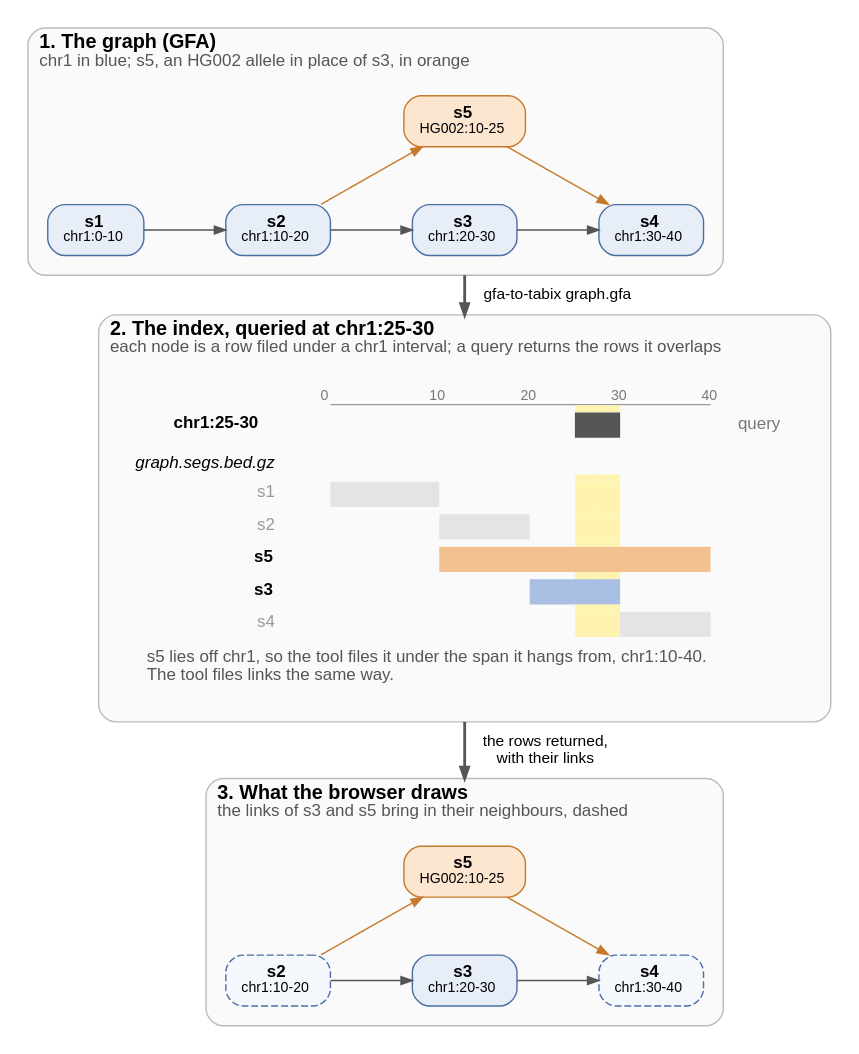
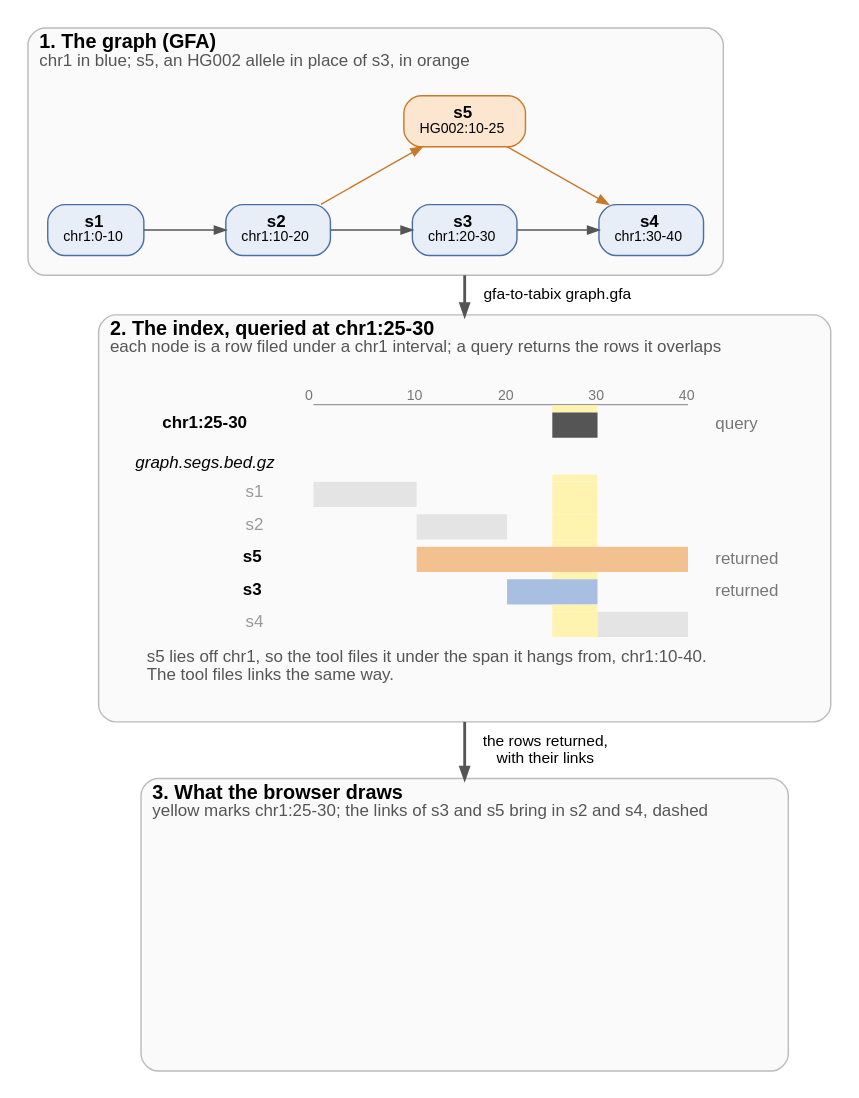
One commit to GMOD/gfa-to-tabix changed the diagram in docs/figures/overview.dot. Above: the diagram before and after it, drawn with Graphviz. The commit also changed 4 other files, not shown here.

```diff
--- a/docs/figures/overview.dot
+++ b/docs/figures/overview.dot
@@ -1,82 +1,73 @@
 // scripts/figures.py fills the marked rows from the tool's output and draws this figure
 digraph overview {
   bgcolor="white"
   fontname="Helvetica"
   newrank=true
   compound=true
   nodesep=0.4
   ranksep=0.55
   node [fontname="Helvetica", fontsize=12, shape=box, style="filled,rounded", fillcolor="#e8eef7", color="#4a6fa5", margin="0.15,0.06"]
   edge [fontname="Helvetica", fontsize=11, color="#555555", arrowsize=0.8]
 
   subgraph {
     graph [labeljust=l, fontsize=14, color="#bbbbbb", style="rounded,filled", fillcolor="#fafafa", margin=14]
 
     subgraph cluster_graph {
       label=<<B>1. The graph (GFA)</B><BR ALIGN="LEFT"/><FONT POINT-SIZE="12" COLOR="#555555">chr1 in blue; s5, an HG002 allele in place of s3, in orange</FONT><BR ALIGN="LEFT"/>>
       // begin graph
       s1 [label=<<B>s1</B><BR/><FONT POINT-SIZE="10">chr1:0-10</FONT>>]
       s2 [label=<<B>s2</B><BR/><FONT POINT-SIZE="10">chr1:10-20</FONT>>]
       s3 [label=<<B>s3</B><BR/><FONT POINT-SIZE="10">chr1:20-30</FONT>>]
       s4 [label=<<B>s4</B><BR/><FONT POINT-SIZE="10">chr1:30-40</FONT>>]
       s5 [label=<<B>s5</B><BR/><FONT POINT-SIZE="10">HG002:10-25</FONT>>, fillcolor="#fde6cf", color="#c77a2b"]
       {rank=same; s1; s2; s3; s4}
       s1 -> s2 [weight=20]
       s2 -> s3 [weight=20]
       s2 -> s5 [color="#c77a2b", constraint=false]
       s3 -> s4 [weight=20]
       s5 -> s4 [color="#c77a2b", constraint=false]
       s5 -> s3 [style=invis, weight=20]
       // end graph
     }
 
     subgraph cluster_query {
       label=<<B>2. The index, queried at chr1:25-30</B><BR ALIGN="LEFT"/><FONT POINT-SIZE="12" COLOR="#555555">each node is a row filed under a chr1 interval; a query returns the rows it overlaps</FONT><BR ALIGN="LEFT"/>>
       hits [shape=plaintext, style="", label=<
         <TABLE BORDER="0" CELLBORDER="0" CELLSPACING="0" CELLPADDING="0">
           <!-- begin lanes -->
           <TR><TD></TD><TD WIDTH="16"></TD><TD WIDTH="16"></TD><TD WIDTH="16"></TD><TD WIDTH="16"></TD><TD WIDTH="16"></TD><TD WIDTH="16"></TD><TD WIDTH="16"></TD><TD WIDTH="16"></TD><TD WIDTH="16"></TD><TD WIDTH="16"></TD><TD WIDTH="16"></TD><TD WIDTH="16"></TD><TD WIDTH="16"></TD><TD WIDTH="16"></TD><TD WIDTH="16"></TD><TD WIDTH="16"></TD><TD WIDTH="16"></TD><TD WIDTH="16"></TD><TD></TD></TR>
           <TR><TD></TD><TD COLSPAN="2"><FONT POINT-SIZE="10" COLOR="#777777">0</FONT></TD><TD COLSPAN="2"></TD><TD COLSPAN="2"><FONT POINT-SIZE="10" COLOR="#777777">10</FONT></TD><TD COLSPAN="2"></TD><TD COLSPAN="2"><FONT POINT-SIZE="10" COLOR="#777777">20</FONT></TD><TD COLSPAN="2"></TD><TD COLSPAN="2"><FONT POINT-SIZE="10" COLOR="#777777">30</FONT></TD><TD COLSPAN="2"></TD><TD COLSPAN="2"><FONT POINT-SIZE="10" COLOR="#777777">40</FONT></TD><TD></TD></TR>
           <TR><TD HEIGHT="1"></TD><TD></TD><TD COLSPAN="16" BGCOLOR="#999999"></TD><TD></TD><TD></TD></TR>
           <TR><TD HEIGHT="5"></TD><TD></TD><TD></TD><TD></TD><TD></TD><TD></TD><TD></TD><TD></TD><TD></TD><TD></TD><TD></TD><TD></TD><TD BGCOLOR="#fff3b0"></TD><TD BGCOLOR="#fff3b0"></TD><TD></TD><TD></TD><TD></TD><TD></TD><TD></TD><TD></TD></TR>
           <TR><TD ALIGN="RIGHT" HEIGHT="18"><B>chr1:25-30</B>  </TD><TD></TD><TD COLSPAN="10"></TD><TD COLSPAN="2" BGCOLOR="#555555"></TD><TD COLSPAN="4"></TD><TD></TD><TD ALIGN="LEFT"><FONT POINT-SIZE="12" COLOR="#777777">  query</FONT></TD></TR>
           <TR><TD COLSPAN="20" ALIGN="LEFT" HEIGHT="26" VALIGN="BOTTOM"><I>graph.segs.bed.gz</I></TD></TR>
           <TR><TD HEIGHT="5"></TD><TD></TD><TD></TD><TD></TD><TD></TD><TD></TD><TD></TD><TD></TD><TD></TD><TD></TD><TD></TD><TD></TD><TD BGCOLOR="#fff3b0"></TD><TD BGCOLOR="#fff3b0"></TD><TD></TD><TD></TD><TD></TD><TD></TD><TD></TD><TD></TD></TR>
           <TR><TD ALIGN="RIGHT" HEIGHT="18"><FONT COLOR="#999999">s1</FONT>  </TD><TD></TD><TD COLSPAN="4" BGCOLOR="#e4e4e4"></TD><TD COLSPAN="6"></TD><TD COLSPAN="2" BGCOLOR="#fff3b0"></TD><TD COLSPAN="4"></TD><TD></TD><TD ALIGN="LEFT"></TD></TR>
           <TR><TD HEIGHT="5"></TD><TD></TD><TD></TD><TD></TD><TD></TD><TD></TD><TD></TD><TD></TD><TD></TD><TD></TD><TD></TD><TD></TD><TD BGCOLOR="#fff3b0"></TD><TD BGCOLOR="#fff3b0"></TD><TD></TD><TD></TD><TD></TD><TD></TD><TD></TD><TD></TD></TR>
           <TR><TD ALIGN="RIGHT" HEIGHT="18"><FONT COLOR="#999999">s2</FONT>  </TD><TD></TD><TD COLSPAN="4"></TD><TD COLSPAN="4" BGCOLOR="#e4e4e4"></TD><TD COLSPAN="2"></TD><TD COLSPAN="2" BGCOLOR="#fff3b0"></TD><TD COLSPAN="4"></TD><TD></TD><TD ALIGN="LEFT"></TD></TR>
           <TR><TD HEIGHT="5"></TD><TD></TD><TD></TD><TD></TD><TD></TD><TD></TD><TD></TD><TD></TD><TD></TD><TD></TD><TD></TD><TD></TD><TD BGCOLOR="#fff3b0"></TD><TD BGCOLOR="#fff3b0"></TD><TD></TD><TD></TD><TD></TD><TD></TD><TD></TD><TD></TD></TR>
-          <TR><TD ALIGN="RIGHT" HEIGHT="18"><B>s5</B>  </TD><TD></TD><TD COLSPAN="4"></TD><TD COLSPAN="12" BGCOLOR="#f3c08f"></TD><TD></TD><TD ALIGN="LEFT"></TD></TR>
+          <TR><TD ALIGN="RIGHT" HEIGHT="18"><B>s5</B>  </TD><TD></TD><TD COLSPAN="4"></TD><TD COLSPAN="12" BGCOLOR="#f3c08f"></TD><TD></TD><TD ALIGN="LEFT"><FONT POINT-SIZE="12" COLOR="#777777">  returned</FONT></TD></TR>
           <TR><TD HEIGHT="5"></TD><TD></TD><TD></TD><TD></TD><TD></TD><TD></TD><TD></TD><TD></TD><TD></TD><TD></TD><TD></TD><TD></TD><TD BGCOLOR="#fff3b0"></TD><TD BGCOLOR="#fff3b0"></TD><TD></TD><TD></TD><TD></TD><TD></TD><TD></TD><TD></TD></TR>
-          <TR><TD ALIGN="RIGHT" HEIGHT="18"><B>s3</B>  </TD><TD></TD><TD COLSPAN="8"></TD><TD COLSPAN="4" BGCOLOR="#a9bfe2"></TD><TD COLSPAN="4"></TD><TD></TD><TD ALIGN="LEFT"></TD></TR>
+          <TR><TD ALIGN="RIGHT" HEIGHT="18"><B>s3</B>  </TD><TD></TD><TD COLSPAN="8"></TD><TD COLSPAN="4" BGCOLOR="#a9bfe2"></TD><TD COLSPAN="4"></TD><TD></TD><TD ALIGN="LEFT"><FONT POINT-SIZE="12" COLOR="#777777">  returned</FONT></TD></TR>
           <TR><TD HEIGHT="5"></TD><TD></TD><TD></TD><TD></TD><TD></TD><TD></TD><TD></TD><TD></TD><TD></TD><TD></TD><TD></TD><TD></TD><TD BGCOLOR="#fff3b0"></TD><TD BGCOLOR="#fff3b0"></TD><TD></TD><TD></TD><TD></TD><TD></TD><TD></TD><TD></TD></TR>
           <TR><TD ALIGN="RIGHT" HEIGHT="18"><FONT COLOR="#999999">s4</FONT>  </TD><TD></TD><TD COLSPAN="10"></TD><TD COLSPAN="2" BGCOLOR="#fff3b0"></TD><TD COLSPAN="4" BGCOLOR="#e4e4e4"></TD><TD></TD><TD ALIGN="LEFT"></TD></TR>
           <!-- end lanes -->
           <!-- begin caption -->
           <TR><TD BORDER="0" CELLPADDING="8" COLSPAN="20" ALIGN="LEFT" BALIGN="LEFT"><FONT POINT-SIZE="12" COLOR="#555555">s5 lies off chr1, so the tool files it under the span it hangs from, chr1:10-40.<BR/>The tool files links the same way.</FONT></TD></TR>
           <!-- end caption -->
         </TABLE>>]
     }
 
     subgraph cluster_drawn {
-      label=<<B>3. What the browser draws</B><BR ALIGN="LEFT"/><FONT POINT-SIZE="12" COLOR="#555555">the links of s3 and s5 bring in their neighbours, dashed</FONT><BR ALIGN="LEFT"/>>
+      label=<<B>3. What the browser draws</B><BR ALIGN="LEFT"/><FONT POINT-SIZE="12" COLOR="#555555">yellow marks chr1:25-30; the links of s3 and s5 bring in s2 and s4, dashed</FONT><BR ALIGN="LEFT"/>>
       // begin drawn
-      d_s2 [label=<<B>s2</B><BR/><FONT POINT-SIZE="10">chr1:10-20</FONT>>, style="dashed,rounded,filled", fillcolor="#f4f7fb"]
-      d_s3 [label=<<B>s3</B><BR/><FONT POINT-SIZE="10">chr1:20-30</FONT>>]
-      d_s4 [label=<<B>s4</B><BR/><FONT POINT-SIZE="10">chr1:30-40</FONT>>, style="dashed,rounded,filled", fillcolor="#f4f7fb"]
-      d_s5 [label=<<B>s5</B><BR/><FONT POINT-SIZE="10">HG002:10-25</FONT>>, fillcolor="#fde6cf", color="#c77a2b"]
-      {rank=same; d_s2; d_s3; d_s4}
-      d_s2 -> d_s3 [weight=20]
-      d_s2 -> d_s5 [color="#c77a2b", constraint=false]
-      d_s3 -> d_s4 [weight=20]
-      d_s5 -> d_s4 [color="#c77a2b", constraint=false]
-      d_s5 -> d_s3 [style=invis, weight=20]
+      drawn [shape=box, style="", color=transparent, label="", fixedsize=true, width=5.29, height=2.02]
       // end drawn
     }
   }
 
   // begin arrows
   s3 -> hits [ltail=cluster_graph, lhead=cluster_query, label="  gfa-to-tabix graph.gfa", penwidth=2]
-  hits -> d_s5 [ltail=cluster_query, lhead=cluster_drawn, label="  the rows returned,\n  with their links", penwidth=2]
+  hits -> drawn [ltail=cluster_query, lhead=cluster_drawn, label="  the rows returned,\n  with their links", penwidth=2]
   // end arrows
 }
```
